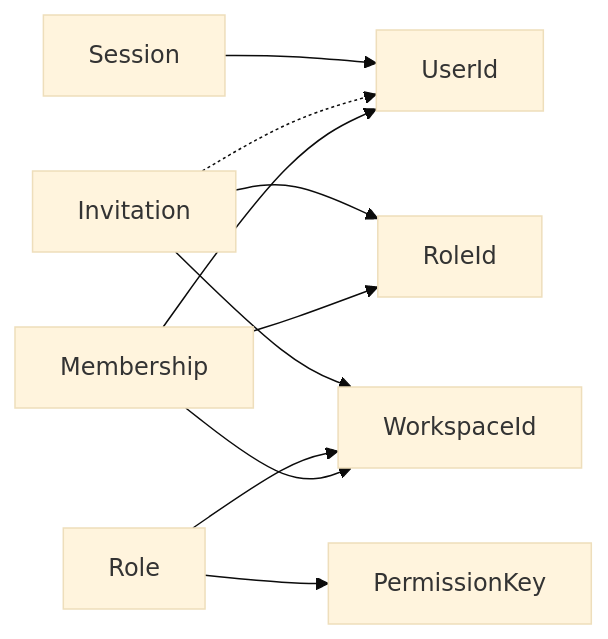
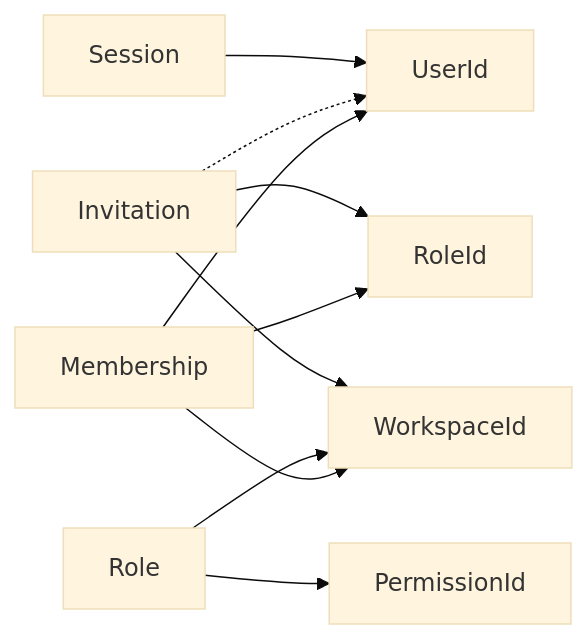
One commit to DanyDev56/atlas-design changed diagram 13 of 13 in fondation/domains/identity/relationships.md. Above: the diagram before and after it, drawn with Mermaid (base theme). The commit also changed other lines of this file and 65 other files, not shown here.

````diff
--- a/fondation/domains/identity/relationships.md
+++ b/fondation/domains/identity/relationships.md
@@ -472,15 +473,15 @@
 ```mermaid
 flowchart LR
     Membership --> UserId
     Membership --> WorkspaceId
     Membership --> RoleId
 
     Role --> WorkspaceId
-    Role --> PermissionKey
+    Role --> PermissionId
 
     Invitation --> WorkspaceId
     Invitation --> RoleId
     Invitation -.-> UserId
 
     Session --> UserId
 ```
````
